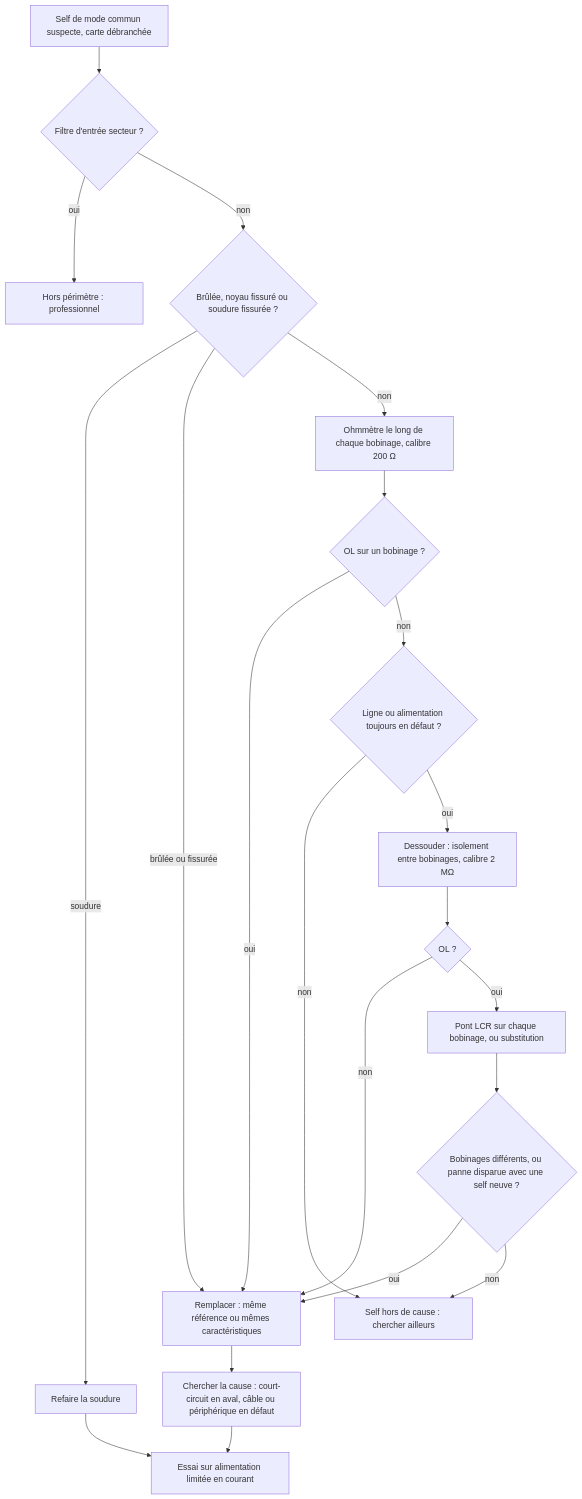
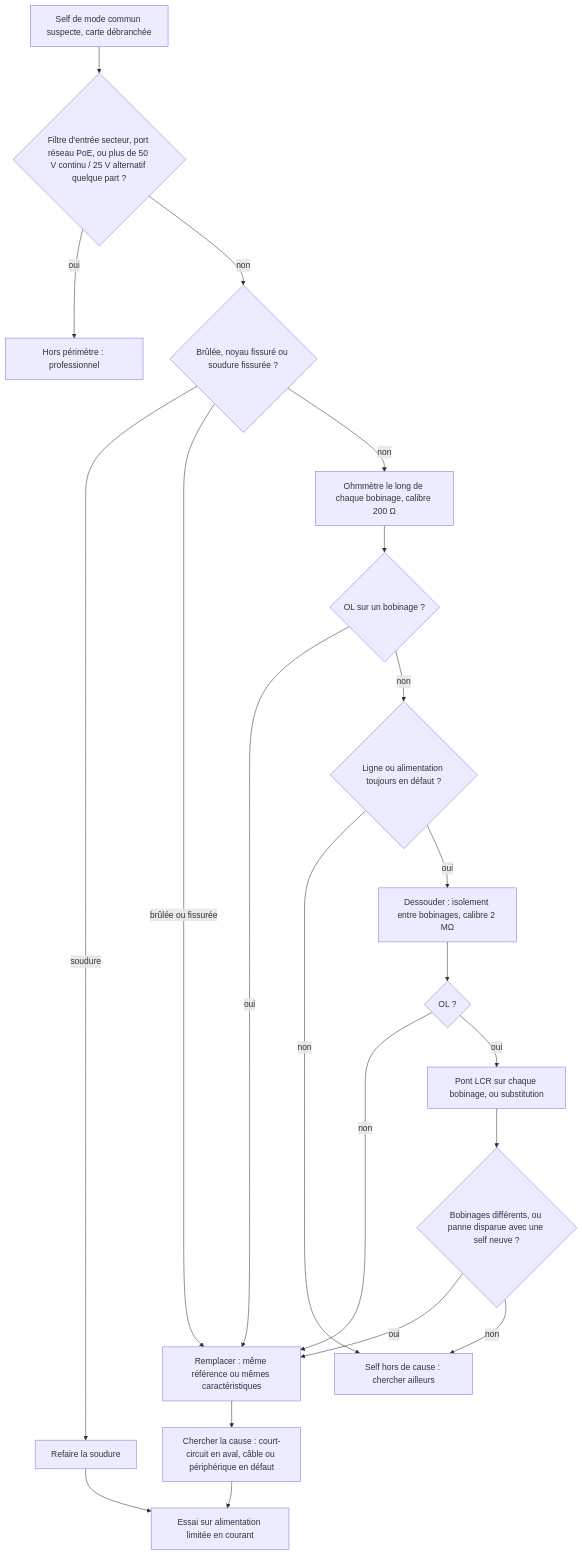
Before and after one commit to benoit-bremaud/ohm-sweet-ohm: the diagram in troubleshooting/31_self_de_mode_commun/README.md, drawn with Mermaid. The commit also changed other lines of this file and 11 other files, not shown here.

````diff
--- a/troubleshooting/31_self_de_mode_commun/README.md
+++ b/troubleshooting/31_self_de_mode_commun/README.md
@@ -122,23 +122,23 @@
 ```mermaid
 flowchart TD
-  A[Self de mode commun suspecte, carte débranchée] --> B{Filtre d'entrée secteur ?}
+  A[Self de mode commun suspecte, carte débranchée] --> B{Filtre d'entrée secteur, port réseau PoE, ou plus de 50 V continu / 25 V alternatif quelque part ?}
   B -- oui --> C[Hors périmètre : professionnel]
   B -- non --> D{Brûlée, noyau fissuré ou soudure fissurée ?}
   D -- soudure --> E[Refaire la soudure]
   D -- brûlée ou fissurée --> R[Remplacer : même référence ou mêmes caractéristiques]
   D -- non --> F[Ohmmètre le long de chaque bobinage, calibre 200 Ω]
   F --> G{OL sur un bobinage ?}
   G -- oui --> R
   G -- non --> H{Ligne ou alimentation toujours en défaut ?}
   H -- non --> I[Self hors de cause : chercher ailleurs]
   H -- oui --> J[Dessouder : isolement entre bobinages, calibre 2 MΩ]
   J --> K{OL ?}
   K -- non --> R
   K -- oui --> L[Pont LCR sur chaque bobinage, ou substitution]
   L --> M{Bobinages différents, ou panne disparue avec une self neuve ?}
   M -- oui --> R
   M -- non --> I
   R --> P[Chercher la cause : court-circuit en aval, câble ou périphérique en défaut]
   E --> Q[Essai sur alimentation limitée en courant]
   P --> Q
 ```
````
